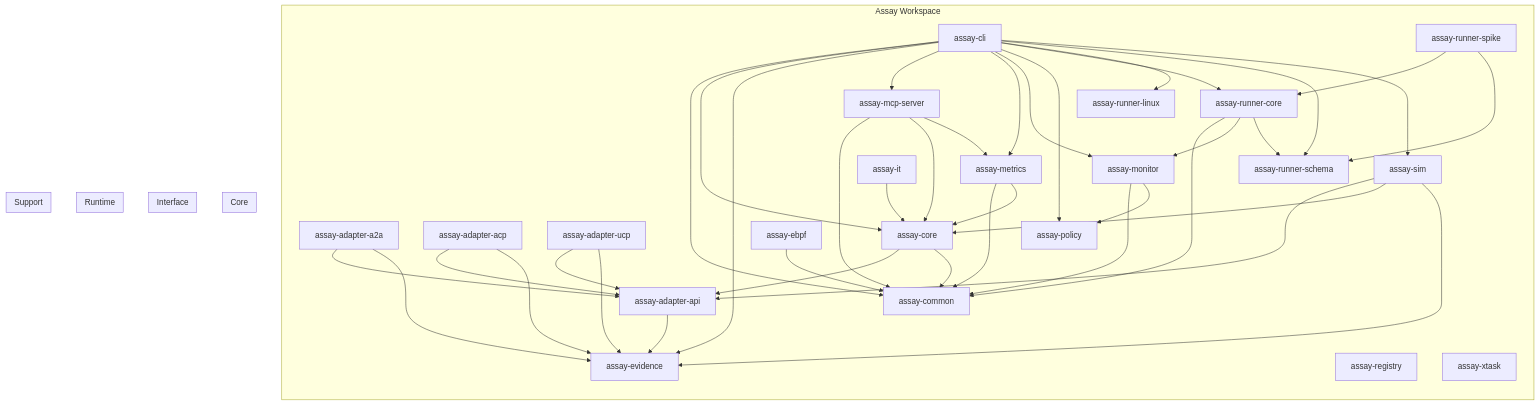
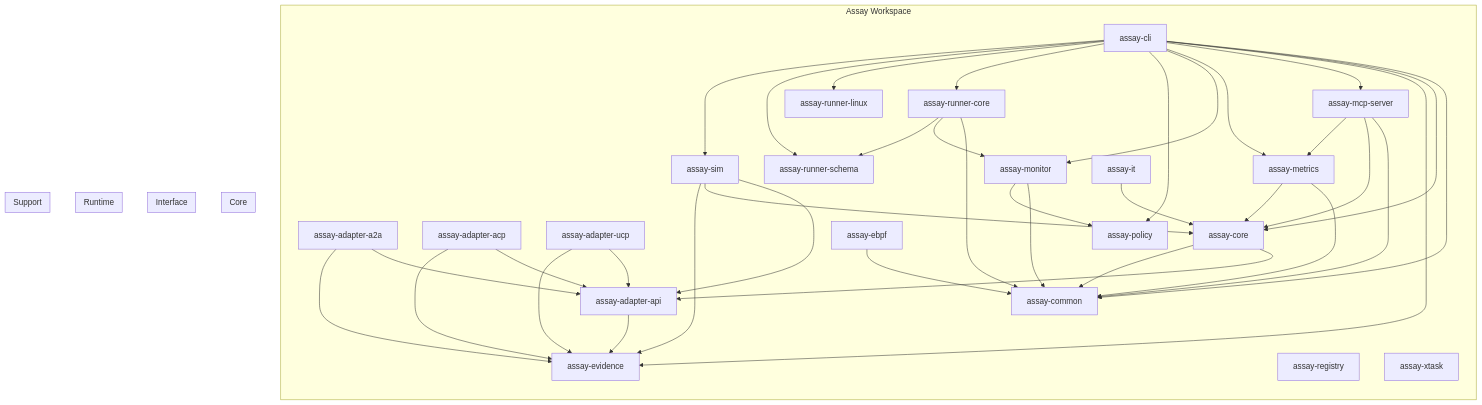
One commit to Rul1an/assay changed the diagram in docs/generated/crate-deps.mermaid. Above: the diagram before and after it, drawn with Mermaid. The commit also changed 1 other file, not shown here.

Commit message:
docs: auto-update diagrams and crate info

```diff
--- a/docs/generated/crate-deps.mermaid
+++ b/docs/generated/crate-deps.mermaid
@@ -1,88 +1,85 @@
 flowchart TB
     subgraph workspace["Assay Workspace"]
         direction TB
         assay_adapter_a2a["assay-adapter-a2a"]
         assay_adapter_acp["assay-adapter-acp"]
         assay_adapter_api["assay-adapter-api"]
         assay_adapter_ucp["assay-adapter-ucp"]
         assay_cli["assay-cli"]
         assay_common["assay-common"]
         assay_core["assay-core"]
         assay_ebpf["assay-ebpf"]
         assay_evidence["assay-evidence"]
         assay_it["assay-it"]
         assay_mcp_server["assay-mcp-server"]
         assay_metrics["assay-metrics"]
         assay_monitor["assay-monitor"]
         assay_policy["assay-policy"]
         assay_registry["assay-registry"]
         assay_runner_core["assay-runner-core"]
         assay_runner_linux["assay-runner-linux"]
         assay_runner_schema["assay-runner-schema"]
-        assay_runner_spike["assay-runner-spike"]
         assay_sim["assay-sim"]
         assay_xtask["assay-xtask"]
     end
 
     assay_adapter_a2a --> assay_adapter_api
     assay_adapter_a2a --> assay_evidence
     assay_adapter_acp --> assay_adapter_api
     assay_adapter_acp --> assay_evidence
     assay_adapter_api --> assay_evidence
     assay_adapter_ucp --> assay_adapter_api
     assay_adapter_ucp --> assay_evidence
     assay_cli --> assay_common
     assay_cli --> assay_core
     assay_cli --> assay_evidence
     assay_cli --> assay_mcp_server
     assay_cli --> assay_metrics
     assay_cli --> assay_monitor
     assay_cli --> assay_policy
     assay_cli --> assay_runner_core
     assay_cli --> assay_runner_linux
     assay_cli --> assay_runner_schema
     assay_cli --> assay_sim
     assay_core --> assay_adapter_api
     assay_core --> assay_common
     assay_ebpf --> assay_common
     assay_it --> assay_core
     assay_mcp_server --> assay_common
     assay_mcp_server --> assay_core
     assay_mcp_server --> assay_metrics
     assay_metrics --> assay_common
     assay_metrics --> assay_core
     assay_monitor --> assay_common
     assay_monitor --> assay_policy
     assay_runner_core --> assay_common
     assay_runner_core --> assay_monitor
     assay_runner_core --> assay_runner_schema
-    assay_runner_spike --> assay_runner_core
-    assay_runner_spike --> assay_runner_schema
     assay_sim --> assay_adapter_api
     assay_sim --> assay_core
     assay_sim --> assay_evidence
 
     %% Logical groupings for readability
     subgraph core["Core"]
         assay_core
         assay_metrics
         assay_policy
         assay_evidence
         assay_common
     end
 
     subgraph interface["Interface"]
         assay_cli
         assay_mcp_server
     end
 
     subgraph runtime["Runtime"]
         assay_monitor
         assay_ebpf
     end
 
     subgraph support["Support"]
         assay_sim
         assay_xtask
         assay_registry
     end
```
